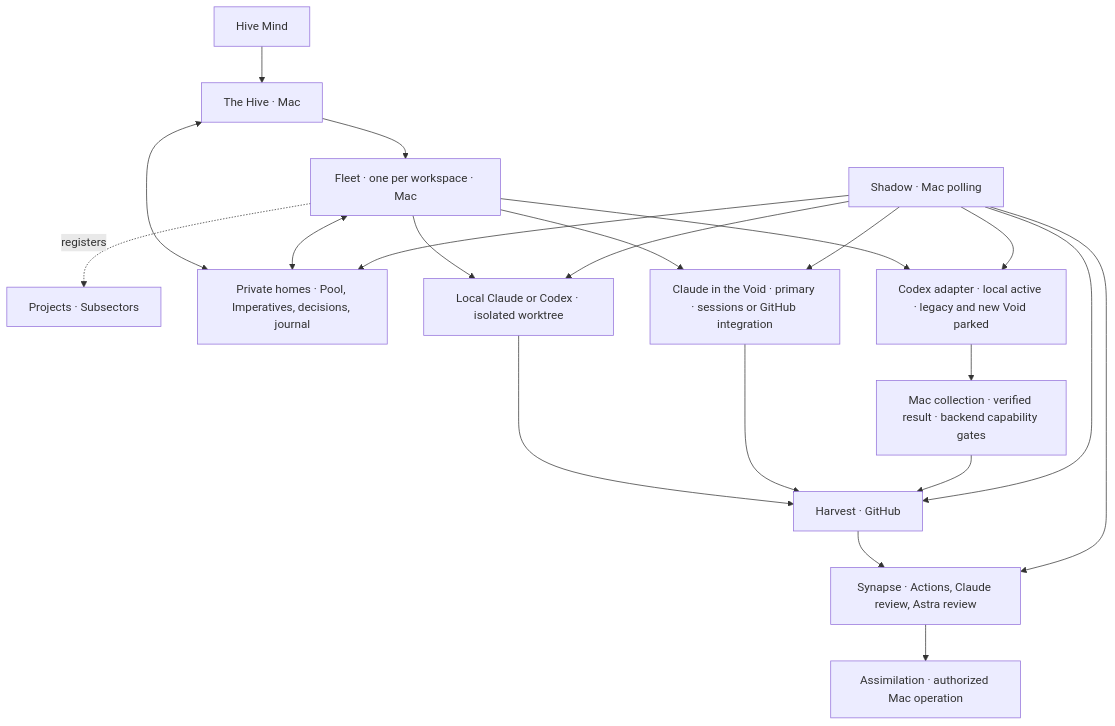
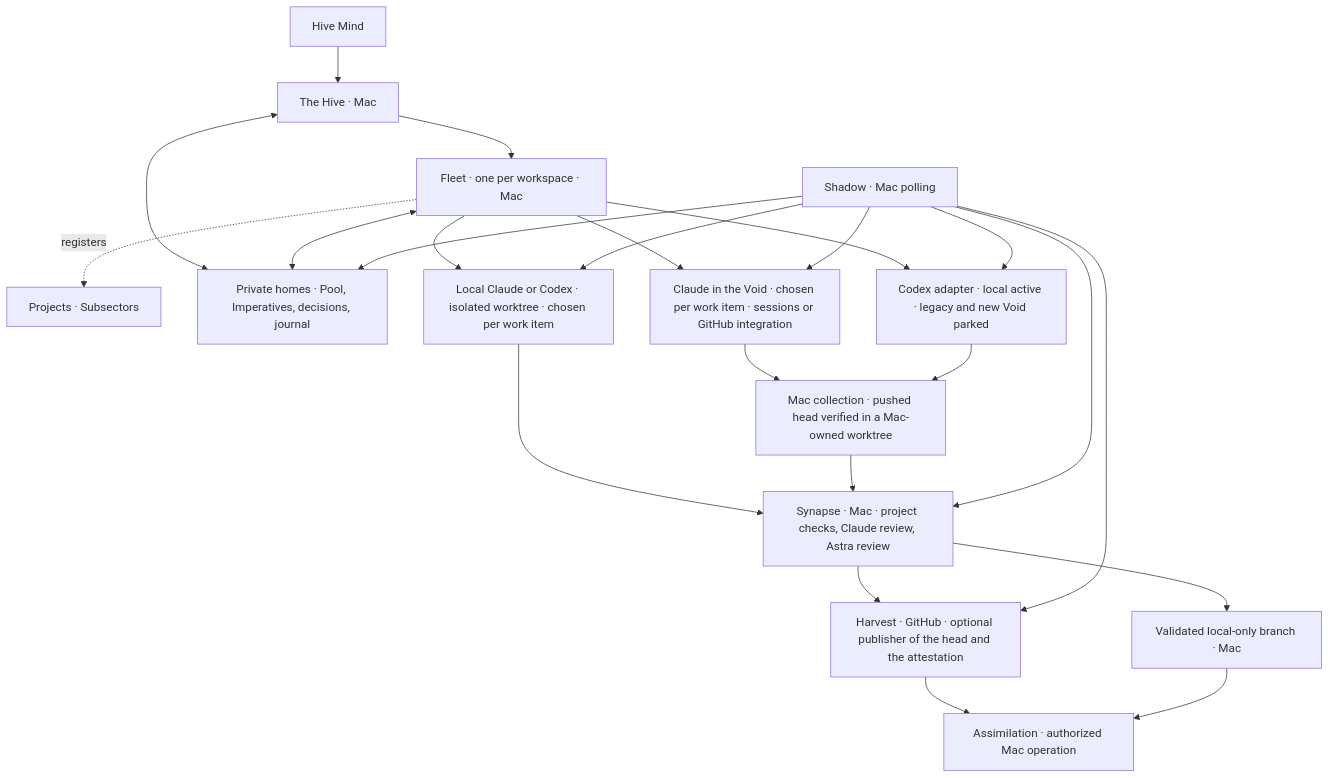
Before and after one commit to kesk-git/hive: the diagram in docs/design.md, drawn with Mermaid. The commit also changed other lines of this file, not shown here.

````diff
--- a/docs/design.md
+++ b/docs/design.md
@@ -42,23 +42,25 @@
 ```mermaid
 flowchart TD
     Mind[Hive Mind] --> Hive[The Hive · Mac]
     Hive --> Fleet[Fleet · one per workspace · Mac]
     Fleet -. registers .-> Projects[Projects · Subsectors]
     Hive <--> Private[Private homes · Pool, Imperatives, decisions, journal]
     Fleet <--> Private
-    Fleet --> Local[Local Claude or Codex · isolated worktree]
-    Fleet --> Claude[Claude in the Void · primary · sessions or GitHub integration]
+    Fleet --> Local[Local Claude or Codex · isolated worktree · chosen per work item]
+    Fleet --> Claude[Claude in the Void · chosen per work item · sessions or GitHub integration]
     Fleet --> Codex[Codex adapter · local active · legacy and new Void parked]
-    Local --> Harvest[Harvest · GitHub]
-    Claude --> Harvest
-    Codex --> Collection[Mac collection · verified result · backend capability gates]
-    Collection --> Harvest
-    Harvest --> Synapse[Synapse · Actions, Claude review, Astra review]
-    Synapse --> Assimilation[Assimilation · authorized Mac operation]
+    Local --> Synapse[Synapse · Mac · project checks, Claude review, Astra review]
+    Claude --> Collection[Mac collection · pushed head verified in a Mac-owned worktree]
+    Codex --> Collection
+    Collection --> Synapse
+    Synapse --> Harvest[Harvest · GitHub · optional publisher of the head and the attestation]
+    Synapse --> Branch[Validated local-only branch · Mac]
+    Harvest --> Assimilation[Assimilation · authorized Mac operation]
+    Branch --> Assimilation
     Shadow[Shadow · Mac polling] --> Private
     Shadow --> Local
     Shadow --> Claude
     Shadow --> Codex
+    Shadow --> Synapse
     Shadow --> Harvest
-    Shadow --> Synapse
 ```
````
